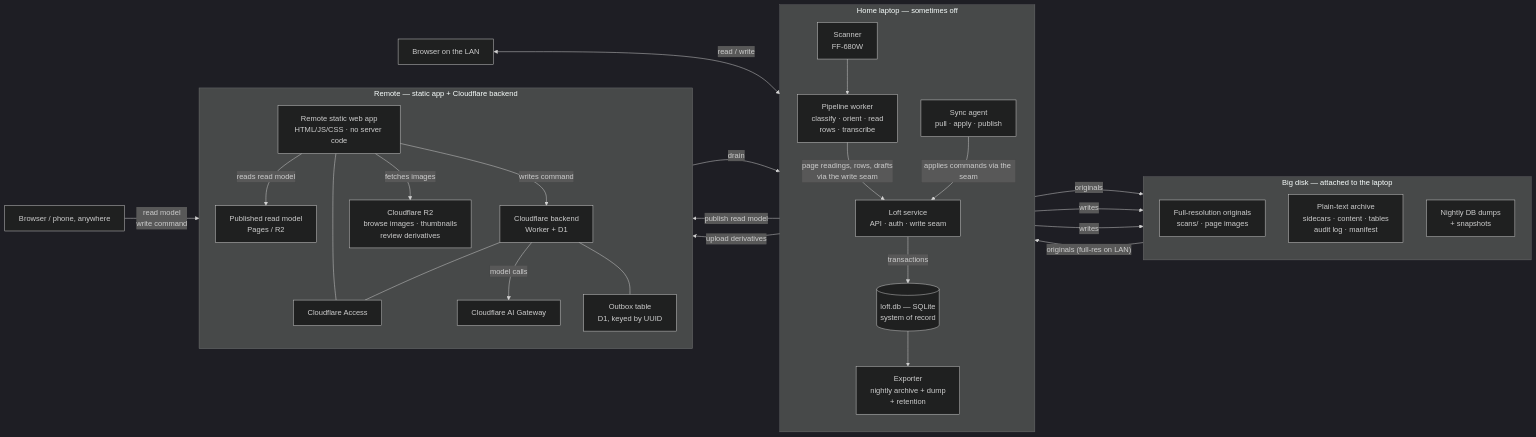
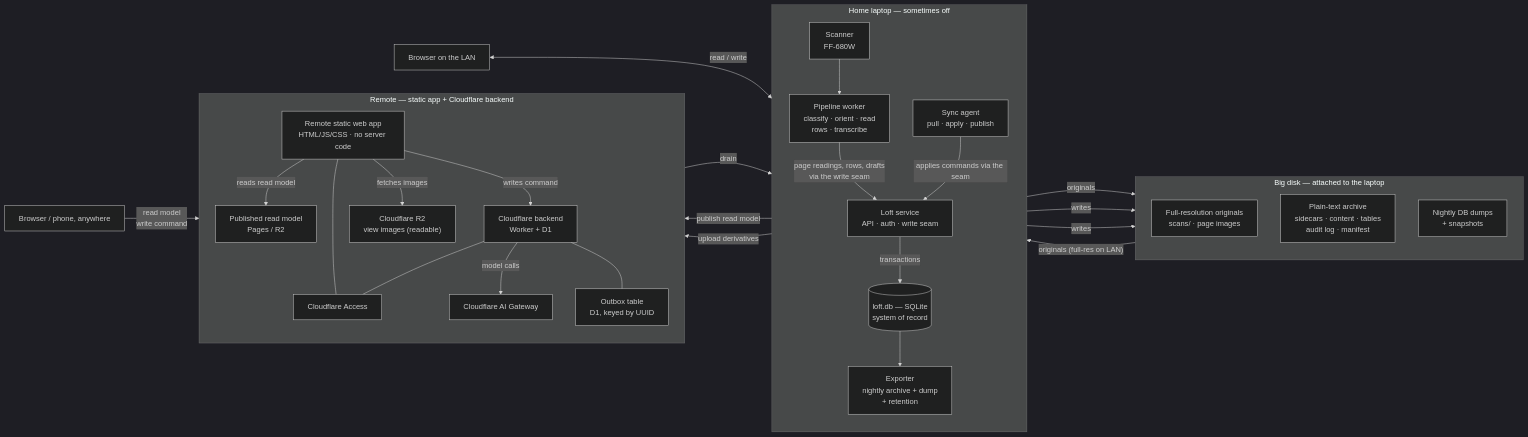
Before and after one commit to ashbywinch/the-loft: the first of 2 diagrams in docs/TECHSPEC/04-live-system.md, drawn with Mermaid (dark theme). The commit also changed other lines of this file and 5 other files, not shown here.

First line of the commit message:
docs: one view image, no review tier, TS backend accepted

````diff
--- a/docs/TECHSPEC/04-live-system.md
+++ b/docs/TECHSPEC/04-live-system.md
@@ -50,57 +50,57 @@
 ```mermaid
 flowchart LR
   subgraph Home["Home laptop — sometimes off"]
     direction TB
     Scanner["Scanner<br/>FF-680W"]
     Worker["Pipeline worker<br/>classify · orient · read<br/>rows · transcribe"]
     Service["Loft service<br/>API · auth · write seam"]
     DB[("loft.db — SQLite<br/>system of record")]
     Sync["Sync agent<br/>pull · apply · publish"]
     Export["Exporter<br/>nightly archive + dump<br/>+ retention"]
 
     Scanner --> Worker
     Worker -->|"page readings, rows, drafts<br/>via the write seam"| Service
     Service -->|"transactions"| DB
     Sync -->|"applies commands via the seam"| Service
     DB --> Export
   end
 
   subgraph Disk["Big disk — attached to the laptop"]
     direction TB
     Originals["Full-resolution originals<br/>scans/ · page images"]
     Archive["Plain-text archive<br/>sidecars · content · tables<br/>audit log · manifest"]
     Dumps["Nightly DB dumps<br/>+ snapshots"]
   end
 
   subgraph RemoteSite["Remote — static app + Cloudflare backend"]
     direction TB
     Static["Remote static web app<br/>HTML/JS/CSS · no server code"]
     Backend["Cloudflare backend<br/>Worker + D1"]
     Snapshot["Published read model<br/>Pages / R2"]
     Outbox["Outbox table<br/>D1, keyed by UUID"]
-    Media["Cloudflare R2<br/>browse images · thumbnails<br/>review derivatives"]
+    Media["Cloudflare R2<br/>view images (readable)"]
     Auth["Cloudflare Access"]
     Model["Cloudflare AI Gateway"]
 
     Static -->|"reads read model"| Snapshot
     Static -->|"writes command"| Backend
     Static -->|"fetches images"| Media
     Static --- Auth
     Backend -->|"model calls"| Model
     Backend --- Outbox
     Backend --- Auth
   end
 
   LAN["Browser on the LAN"]
   Remote["Browser / phone, anywhere"]
 
   Worker -->|"originals"| Originals
   Export -->|"writes"| Archive
   Export -->|"writes"| Dumps
   Originals -->|"originals (full-res on LAN)"| Service
   Sync -->|"publish read model"| Snapshot
   Sync -->|"upload derivatives"| Media
   Outbox -->|"drain"| Sync
   LAN <-->|"read / write"| Service
   Remote -->|"read model<br/>write command"| Static
 ```
````
